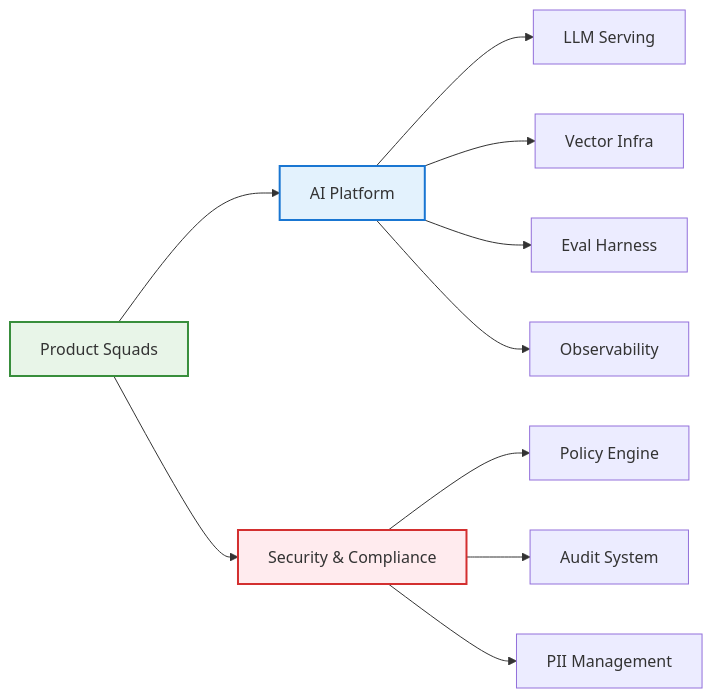
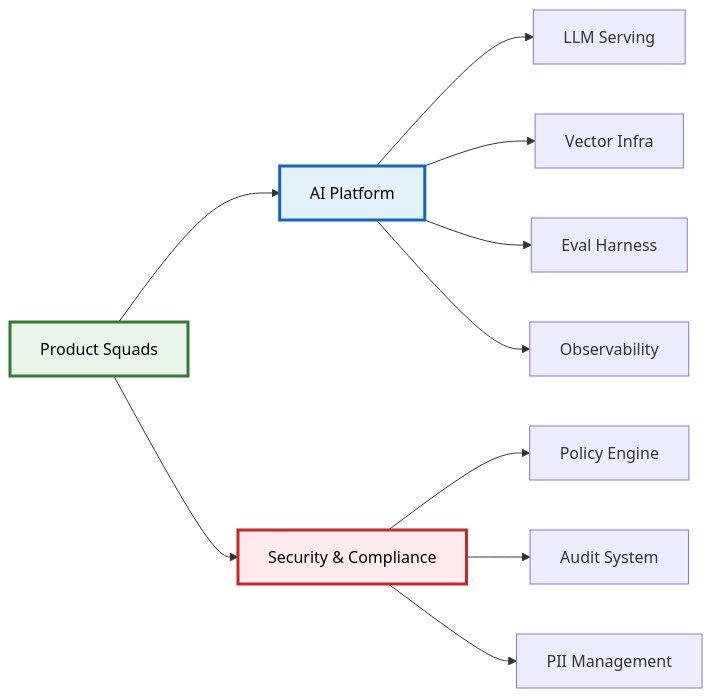
One commit to khaosans/articles changed the second of 11 diagrams in reports/ai-roles-workflows-comprehensive.md. Above: the diagram before and after it, drawn with Mermaid. The commit also changed other lines of this file and 5 other files, not shown here.

````diff
--- a/reports/ai-roles-workflows-comprehensive.md
+++ b/reports/ai-roles-workflows-comprehensive.md
@@ -84,17 +86,17 @@
 ```mermaid
-flowchart LR
-    classDef squad fill:#e8f5e8,stroke:#388e3c,stroke-width:2px
-    classDef platform fill:#e3f2fd,stroke:#1976d2,stroke-width:2px
-    classDef security fill:#ffebee,stroke:#d32f2f,stroke-width:2px
+graph LR
+    classDef squad fill:#e8f5e8,stroke:#2e7d32,stroke-width:3px,color:#000
+    classDef platform fill:#e3f2fd,stroke:#1565c0,stroke-width:3px,color:#000
+    classDef security fill:#ffebee,stroke:#c62828,stroke-width:3px,color:#000
     
     squads[Product Squads]:::squad --> platform[AI Platform]:::platform
     platform --> LLM[LLM Serving]
     platform --> VDB[Vector Infra]
     platform --> EVAL[Eval Harness]
     platform --> OBS[Observability]
     
     squads --> security[Security & Compliance]:::security
     security --> POLICY[Policy Engine]
     security --> AUDIT[Audit System]
     security --> PII[PII Management]
 ```
````
